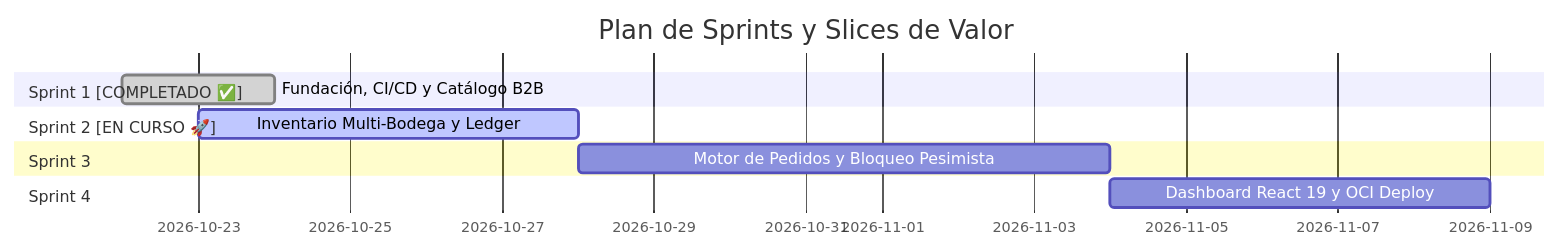
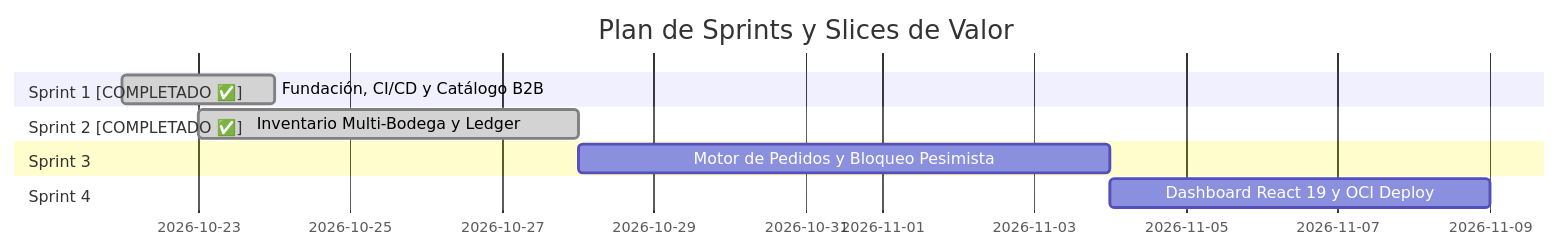
The diagram in docs/scrum/product_backlog.md (vivenegasl/stockpilot-b2b), drawn with Mermaid before and after one commit. The commit also changed other lines of this file and 1 other file, not shown here.

Commit message:
docs(architecture): wrap state notes and sequence labels to prevent text cut-off on GitHub

````diff
--- a/docs/scrum/product_backlog.md
+++ b/docs/scrum/product_backlog.md
@@ -11,13 +11,13 @@
 ```mermaid
 gantt
     title Plan de Sprints y Slices de Valor
     dateFormat  YYYY-MM-DD
     section Sprint 1 [COMPLETADO ✅]
     Fundación, CI/CD y Catálogo B2B :done, 2026-10-22, 2d
-    section Sprint 2 [EN CURSO 🚀]
-    Inventario Multi-Bodega y Ledger :active, 2026-10-23, 5d
+    section Sprint 2 [COMPLETADO ✅]
+    Inventario Multi-Bodega y Ledger :done, 2026-10-23, 5d
     section Sprint 3
     Motor de Pedidos y Bloqueo Pesimista :2026-10-28, 7d
     section Sprint 4
     Dashboard React 19 y OCI Deploy :2026-11-04, 5d
 ```
````
